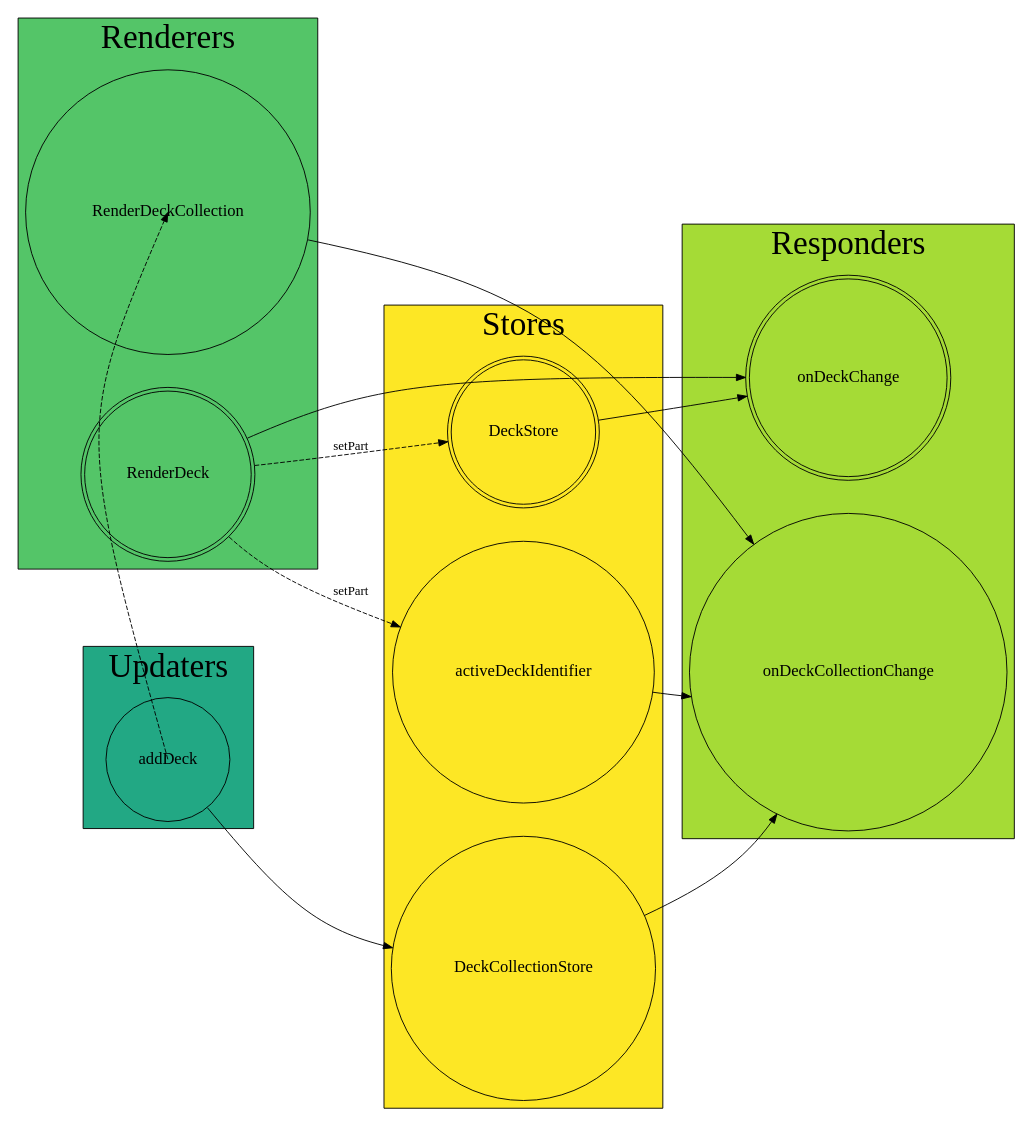
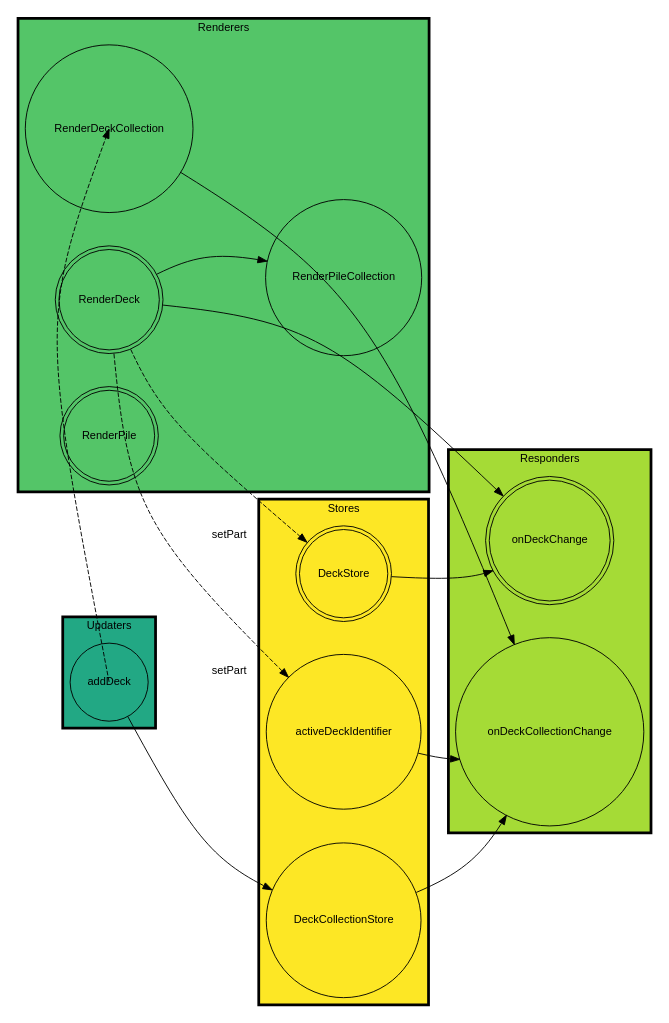
One commit to jimkang/cardfields changed the diagram in meta/machines.dot. Above: the diagram before and after it, drawn with Graphviz. The commit also changed 1 other file, not shown here.

```diff
--- a/meta/machines.dot
+++ b/meta/machines.dot
@@ -1,61 +1,65 @@
 digraph {
   rankdir="LR";
-  graph [fontsize=36];
-  node [fontsize=18];
+  graph [fontsize=12, fontname=Helvetica, penwidth=3];
+  node [fontsize=12, fontname=Helvetica];
+  edge [fontsize=12, fontname=Helvetica];
   nodesep=0.5;
-  mindist=10.0;
+  mindist=3.0;
   mclimit=10.0;
   splines="curved";
 
   subgraph cluster_stores {
     label="Stores";
     bgcolor="#fde725";
     DeckCollectionStore [shape=circle];
     DeckStore [shape=doublecircle];
     activeDeckIdentifier [shape=circle];
   }
 
   subgraph cluster_responders {
     label="Responders";
     bgcolor="#a5db36";
 
     onDeckCollectionChange [shape=circle];
     onDeckChange [shape=doublecircle];
 
     DeckCollectionStore -> onDeckCollectionChange;
     activeDeckIdentifier -> onDeckCollectionChange;
     DeckStore -> onDeckChange;
   }
 
   subgraph cluster_renderers {
     label="Renderers";
     bgcolor="#54c568";
 
     RenderDeckCollection [shape=circle];
     RenderDeck [shape=doublecircle];
+    RenderPileCollection [shape=circle];
+    RenderPile [shape=doublecircle];
 
     onDeckCollectionChange -> RenderDeckCollection;
     onDeckChange -> RenderDeck;
+    RenderDeck -> RenderPileCollection;
   }
 
   subgraph cluster_updaters {
     label="Updaters";
     bgcolor="#22a884";
 
     addDeck [shape=circle];
     addDeck -> DeckCollectionStore;
     RenderDeckCollection -> addDeck [style=dashed];
     RenderDeck -> activeDeckIdentifier [style=dashed, label="setPart"];
     RenderDeck -> DeckStore [style=dashed, label="setPart"];
   }
 
   //subgraph cluster_legend {
     //label="Legend";
 //
     //singleEntity [shape=circle, label="Single entity"];
     //multipleEntities [shape=doublecircle, label="Multiple entities"];
 //
     //a -> b [label="Call"];
     //c -> d [style=dashed, label="Conditional call"];
   //}
 }
```
